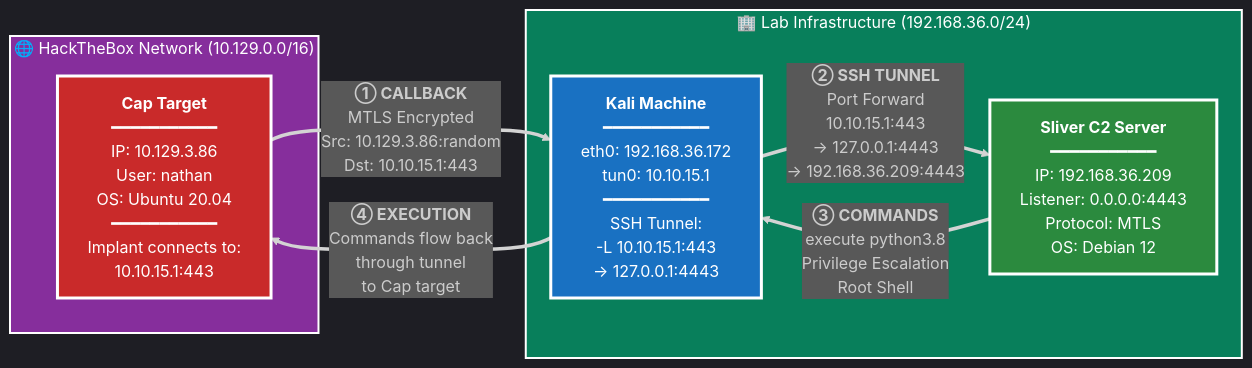
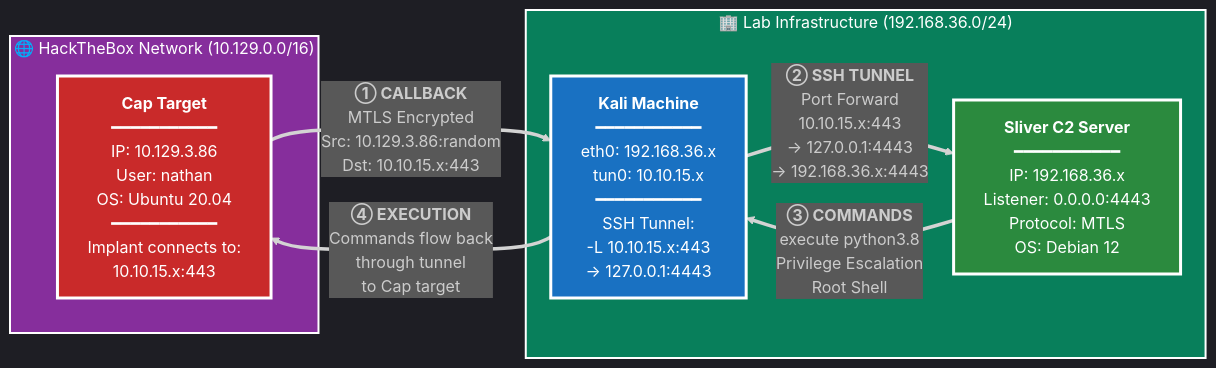
The diagram in Cap/README.md (lmakonem/htb-writeups), drawn with Mermaid before and after one commit. The commit also changed other lines of this file, not shown here.

Commit message:
Update network diagram and documentation

````diff
--- a/Cap/README.md
+++ b/Cap/README.md
@@ -125,27 +125,27 @@
 ```mermaid
 %%{init: {'theme':'dark'}}%%
 graph LR
     subgraph HTB["🌐 HackTheBox Network (10.129.0.0/16)"]
-        Cap["<b>Cap Target</b><br/>━━━━━━━━━━━<br/>IP: 10.129.3.86<br/>User: nathan<br/>OS: Ubuntu 20.04<br/>━━━━━━━━━━━<br/>Implant connects to:<br/>10.10.15.1:443"]
+        Cap["<b>Cap Target</b><br/>━━━━━━━━━━━<br/>IP: 10.129.3.86<br/>User: nathan<br/>OS: Ubuntu 20.04<br/>━━━━━━━━━━━<br/>Implant connects to:<br/>10.10.15.x:443"]
     end
     
     subgraph LAB["🏢 Lab Infrastructure (192.168.36.0/24)"]
-        Kali["<b>Kali Machine</b><br/>━━━━━━━━━━━<br/>eth0: 192.168.36.172<br/>tun0: 10.10.15.1<br/>━━━━━━━━━━━<br/>SSH Tunnel:<br/>-L 10.10.15.1:443<br/>→ 127.0.0.1:4443"]
+        Kali["<b>Kali Machine</b><br/>━━━━━━━━━━━<br/>eth0: 192.168.36.x<br/>tun0: 10.10.15.x<br/>━━━━━━━━━━━<br/>SSH Tunnel:<br/>-L 10.10.15.x:443<br/>→ 127.0.0.1:4443"]
         
-        C2["<b>Sliver C2 Server</b><br/>━━━━━━━━━━━<br/>IP: 192.168.36.209<br/>Listener: 0.0.0.0:4443<br/>Protocol: MTLS<br/>OS: Debian 12"]
+        C2["<b>Sliver C2 Server</b><br/>━━━━━━━━━━━<br/>IP: 192.168.36.x<br/>Listener: 0.0.0.0:4443<br/>Protocol: MTLS<br/>OS: Debian 12"]
     end
     
-    Cap ==>|"<b>① CALLBACK</b><br/>MTLS Encrypted<br/>Src: 10.129.3.86:random<br/>Dst: 10.10.15.1:443"| Kali
+    Cap ==>|"<b>① CALLBACK</b><br/>MTLS Encrypted<br/>Src: 10.129.3.86:random<br/>Dst: 10.10.15.x:443"| Kali
     
-    Kali ==>|"<b>② SSH TUNNEL</b><br/>Port Forward<br/>10.10.15.1:443<br/>→ 127.0.0.1:4443<br/>→ 192.168.36.209:4443"| C2
+    Kali ==>|"<b>② SSH TUNNEL</b><br/>Port Forward<br/>10.10.15.x:443<br/>→ 127.0.0.1:4443<br/>→ 192.168.36.x:4443"| C2
     
     C2 ==>|"<b>③ COMMANDS</b><br/>execute python3.8<br/>Privilege Escalation<br/>Root Shell"| Kali
     
     Kali ==>|"<b>④ EXECUTION</b><br/>Commands flow back<br/>through tunnel<br/>to Cap target"| Cap
     
     style Cap fill:#c92a2a,stroke:#fff,stroke-width:3px,color:#fff
     style Kali fill:#1971c2,stroke:#fff,stroke-width:3px,color:#fff
     style C2 fill:#2b8a3e,stroke:#fff,stroke-width:3px,color:#fff
     style HTB fill:#862e9c,stroke:#fff,stroke-width:2px,color:#fff
     style LAB fill:#087f5b,stroke:#fff,stroke-width:2px,color:#fff
 ```
````
